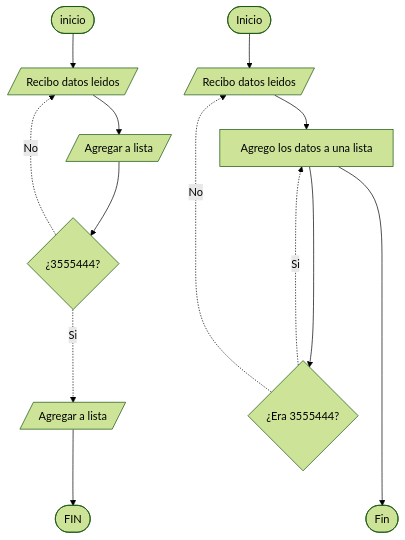
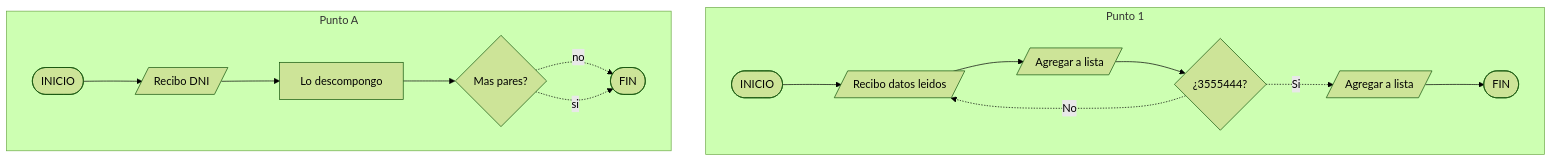
One commit to FrancoBanis/facultadInformatica-unlp changed the diagram in primero/CADP/diagramaEjercicio2.md. Above: the diagram before and after it, drawn with Mermaid (forest theme).

Commit message:
Se modifico el diagrama del ejercicio 2. Agregando el punto 1

````diff
--- a/primero/CADP/diagramaEjercicio2.md
+++ b/primero/CADP/diagramaEjercicio2.md
@@ -2,19 +2,20 @@
 ``` mermaid
     flowchart TD
-    A([Inicio]) --> B[/Recibo datos leidos/]
-    B --> D[Agrego los datos a una lista]
-    D ---> C{¿Era 3555444?}
-    C -. Si .-> D
-    D ----> F([Fin])
-    
-    
-    C-.->|No| B
-    
-    1([inicio]) --> 2[/Recibo datos leidos/]
+    subgraph Punto 1
+    1([INICIO]) --> 2[/Recibo datos leidos/]
     2 --> 3
     3[/Agregar a lista/] --> 4{¿3555444?}
     4 -.->|No|2
     4 -.Si.-> 5[/Agregar a lista/]
     5 --> 6([FIN])
+    end
+    subgraph Punto A
+    
+    A([INICIO]) --> B[/Recibo DNI/]
+    B --> C[Lo descompongo] 
+    C --> D{Mas pares?}
+    D -.->|no|E([FIN])
+    D -.->|si|E([FIN])
+    end
 
 ```
````
